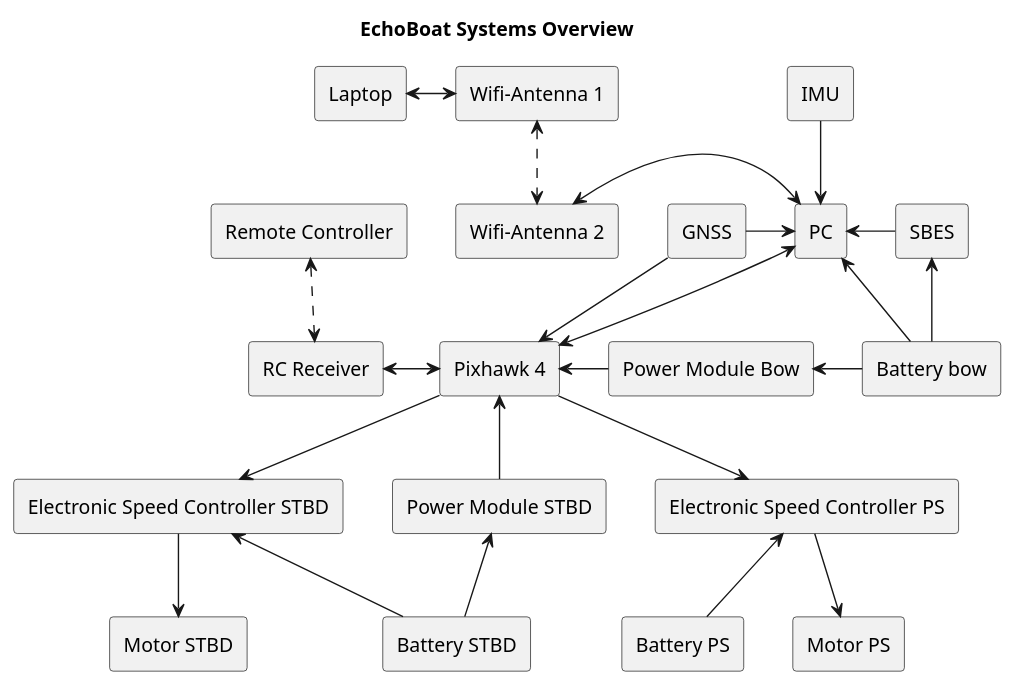
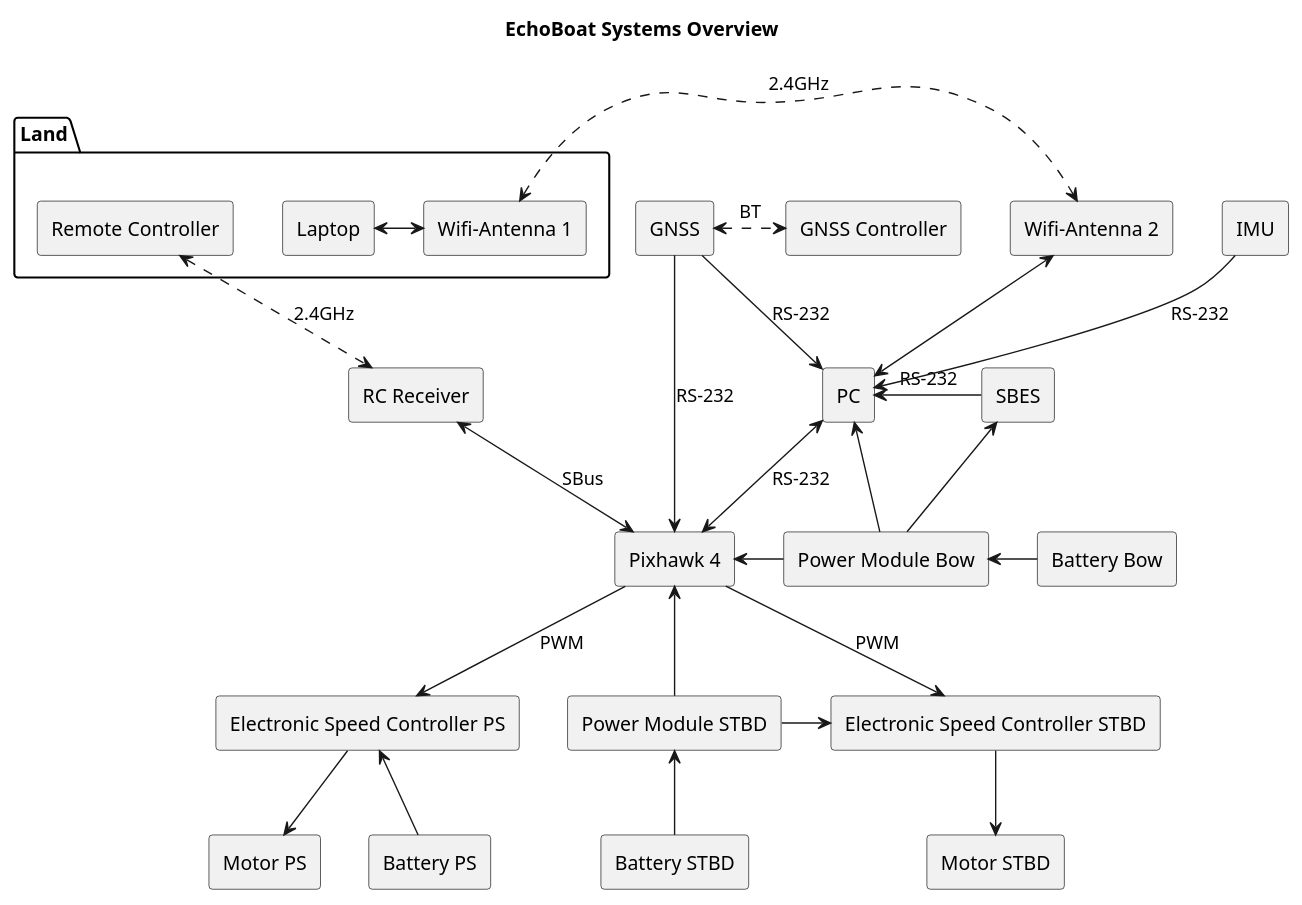
One commit to MalteBiermann/EchoBoat changed the diagram in electrical_plans/overview/overview.plantuml. Above: the diagram before and after it, drawn with PlantUML. The commit also changed 2 other files, not shown here.

```diff
--- a/electrical_plans/overview/overview.plantuml
+++ b/electrical_plans/overview/overview.plantuml
@@ -1,59 +1,65 @@
 @startuml
 title "EchoBoat Systems Overview"
 skinparam componentStyle rectangle
 
 component "Pixhawk 4" as PH
 component "PC"
 component "SBES"
 component "GNSS"
+component "GNSS Controller" as GNSSC
 component "IMU"
-component "Power Module STBD" as PMaft
+component "Power Module STBD" as PMstbd
 component "Power Module Bow" as PMbow
 component "Battery PS"
 component "Battery STBD"
-component "Battery bow"
-component "Electronic Speed Controller PS" as ESCPS
-component "Electronic Speed Controller STBD" as ESCSTBD
+component "Battery Bow"
+component "Electronic Speed Controller PS" as ESCps
+component "Electronic Speed Controller STBD" as ESCstbd
 component "Motor PS"
 component "Motor STBD"
 component "RC Receiver" as RCtrans
 
-component "Remote Controller" as RC
-component "Laptop"
-component "Wifi-Antenna 1" as Wifi1
+package "Land"{
+    component "Remote Controller" as RC
+    component "Laptop"
+    component "Wifi-Antenna 1" as Wifi1
+}
+
 component "Wifi-Antenna 2" as Wifi2
 
-RCtrans <-right-> PH
-RC <..> RCtrans
+RCtrans <-right-> PH :SBus
+RC <.down.> RCtrans :2.4GHz
 
-[Laptop] <-> Wifi1
-Wifi1 <..> Wifi2
-Wifi2 <-> PC
+Wifi1 <-left-> [Laptop]
+Wifi1 <.> Wifi2 :2.4GHz
+Wifi2 <-down-> PC
 
 PH <-right- PMbow
-PH <-down- PMaft
-PMaft <- [Battery STBD]
-PMbow <- [Battery bow]
+
+PMbow <- [Battery Bow]
+PH <-down- PMstbd
+PMstbd <-down- [Battery STBD]
 
 
-PH <-up-> [PC]
+PH <-up-> [PC] :RS-232
 
-[SBES] -left-> [PC]
-[SBES] <-down- [Battery bow]
-[PC] <-down- [Battery bow]
+[SBES] -left-> [PC] :RS-232
+[SBES] <-down- [PMbow]
+[PC] <-down- [PMbow]
 
-[PC] <-up- IMU
+[PC] <-up- IMU :RS-232
 
-PH <-up- [GNSS]
-[GNSS] -> [PC]
+PH <-up- [GNSS] :RS-232
+[GNSS] -down-> [PC] :RS-232
+[GNSS] <.> GNSSC :BT
 
-PH -down-> ESCPS
-PH -down-> ESCSTBD
+PH -down-> ESCps :PWM
+PH -down-> ESCstbd :PWM
 
-ESCPS <-down- [Battery PS]
-ESCSTBD <-down- [Battery STBD]
+ESCps <-down- [Battery PS]
+ESCstbd <-left- [PMstbd]
 
-[Motor PS] <-up- ESCPS
-[Motor STBD] <-up- ESCSTBD
+[Motor PS] <-up- ESCps
+[Motor STBD] <-up- ESCstbd
 
 @enduml
```
